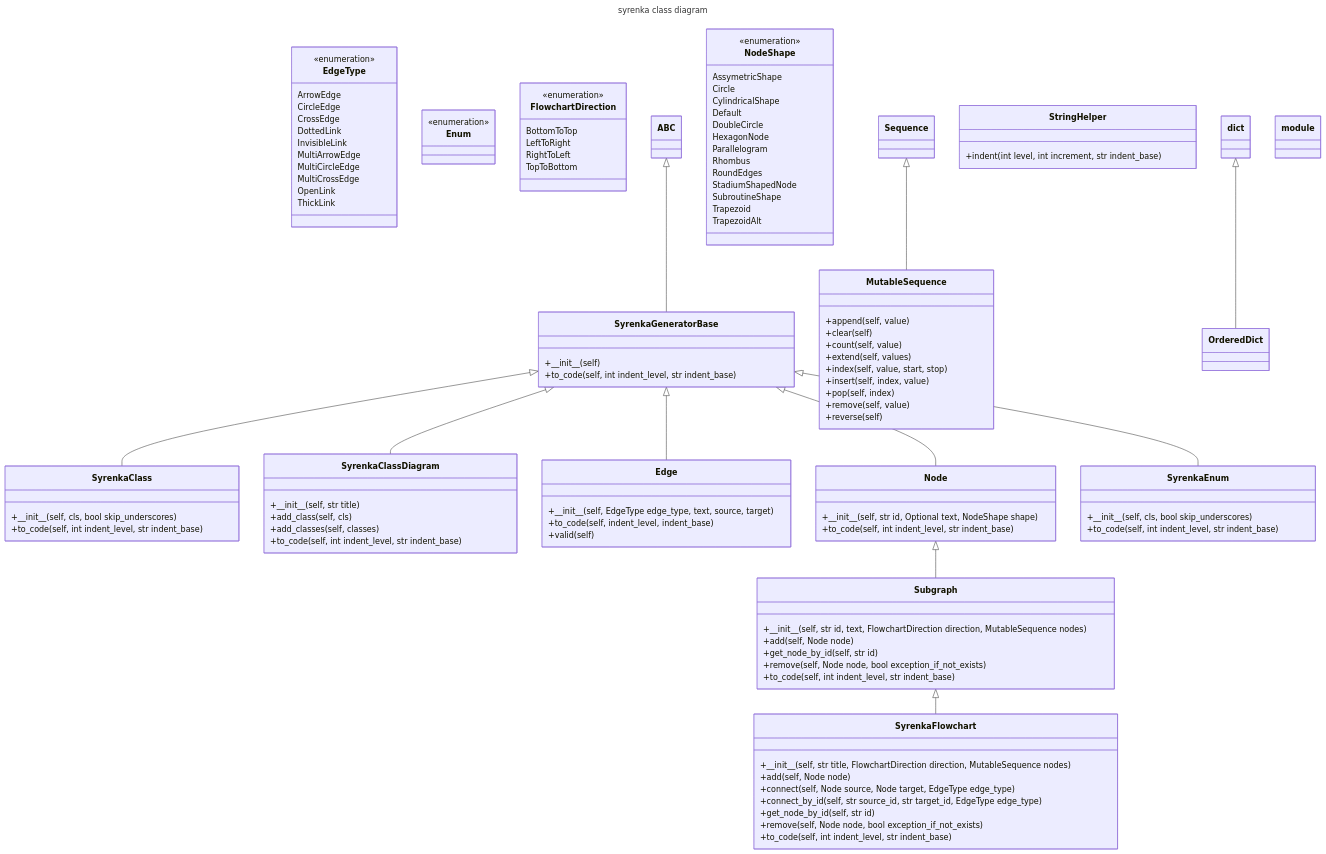
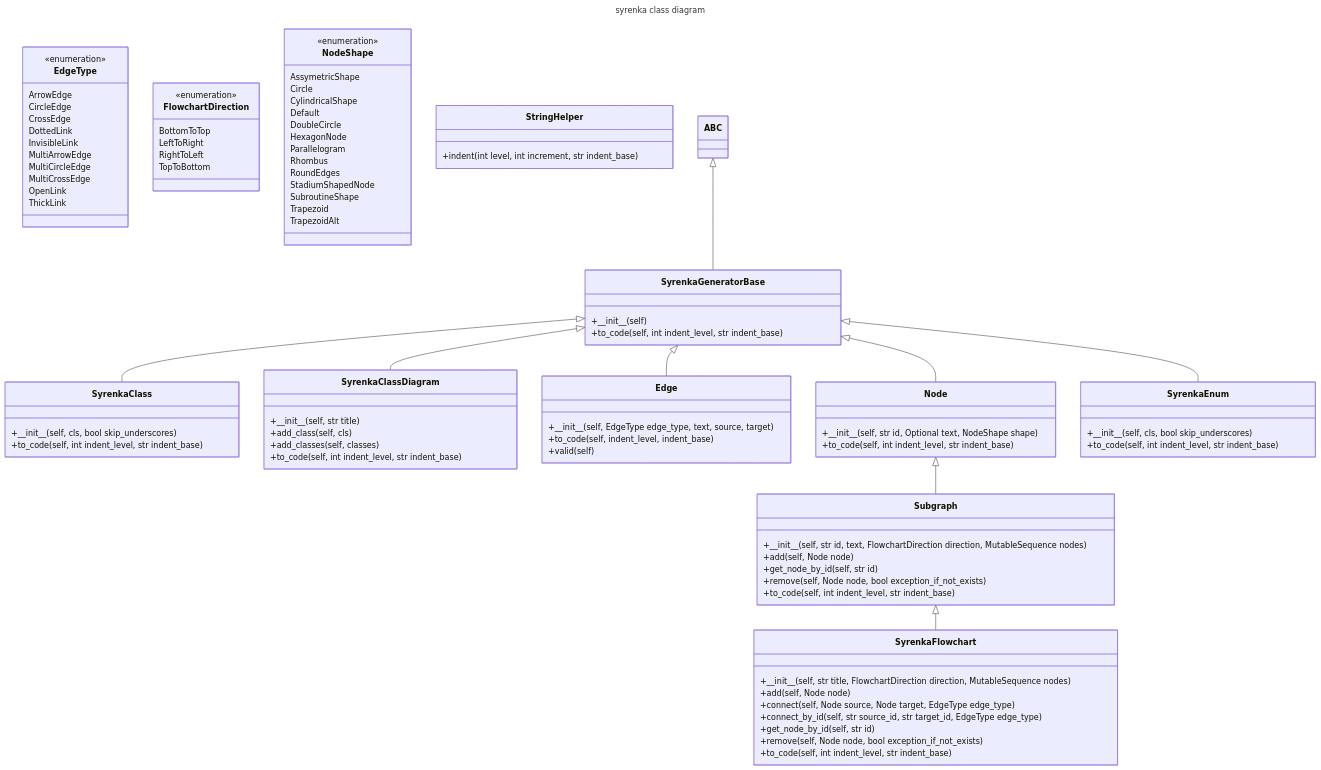
The diagram in README.md (bartlomiejcieszkowski/syrenka), drawn with Mermaid before and after one commit. The commit also changed other lines of this file and 3 other files, not shown here.

````diff
--- a/README.md
+++ b/README.md
@@ -60,9 +60,6 @@
         OpenLink
         ThickLink
     }
-    class Enum{
-        <<enumeration>>
-    }
     class FlowchartDirection{
         <<enumeration>>
         BottomToTop
@@ -70,18 +67,6 @@
         RightToLeft
         TopToBottom
     }
-    class MutableSequence{
-        +append(self, value)
-        +clear(self)
-        +count(self, value)
-        +extend(self, values)
-        +index(self, value, start, stop)
-        +insert(self, index, value)
-        +pop(self, index)
-        +remove(self, value)
-        +reverse(self)
-    }
-    Sequence <|-- MutableSequence
     class Node{
         +\_\_init\_\_(self, str id, Optional text, NodeShape shape)
         +to_code(self, int indent_level, str indent_base)
@@ -103,9 +88,6 @@
         Trapezoid
         TrapezoidAlt
     }
-    class OrderedDict{
-    }
-    dict <|-- OrderedDict
     class StringHelper{
         +indent(int level, int increment, str indent_base)
     }
@@ -127,8 +109,4 @@
         +to_code(self, int indent_level, str indent_base)
     }
     SyrenkaGeneratorBase <|-- SyrenkaEnum
-    class ABC{
-    }
-    class module{
-    }
 ```
````
